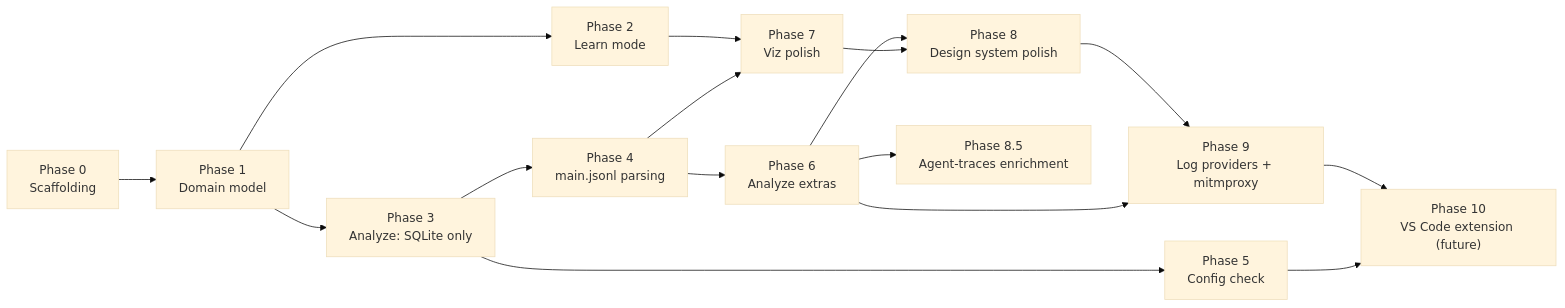
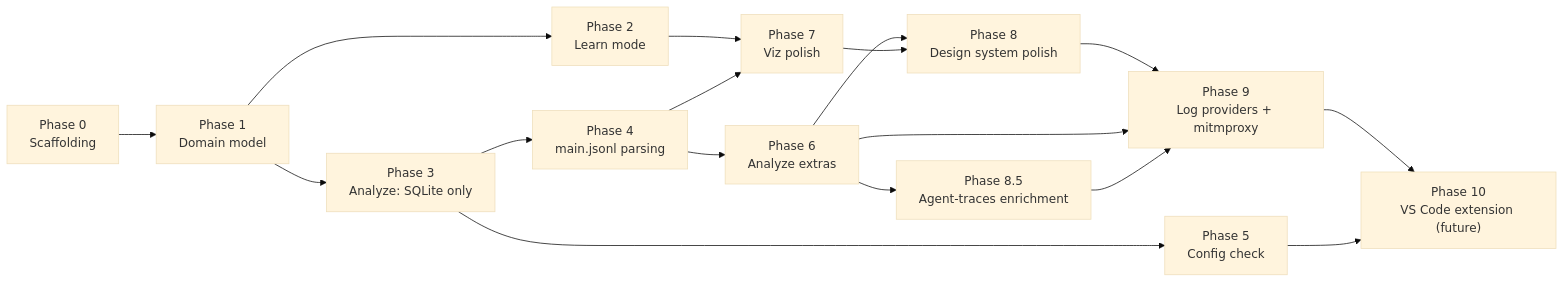
The diagram in docs/implementation-plan.md (raulkivi/gh-cp-chat-analyser), drawn with Mermaid (base theme) before and after one commit. The commit also changed other lines of this file and 3 other files, not shown here.

````diff
--- a/docs/implementation-plan.md
+++ b/docs/implementation-plan.md
@@ -680,18 +712,19 @@
 ```mermaid
 flowchart LR
     P0["Phase 0<br/>Scaffolding"] --> P1["Phase 1<br/>Domain model"]
     P1 --> P2["Phase 2<br/>Learn mode"]
     P1 --> P3["Phase 3<br/>Analyze: SQLite only"]
     P3 --> P4["Phase 4<br/>main.jsonl parsing"]
     P3 --> P5["Phase 5<br/>Config check"]
     P4 --> P6["Phase 6<br/>Analyze extras"]
     P2 --> P7["Phase 7<br/>Viz polish"]
     P4 --> P7
     P6 --> P8["Phase 8<br/>Design system polish"]
     P7 --> P8
     P6 --> P85["Phase 8.5<br/>Agent-traces enrichment"]
     P8 --> P9["Phase 9<br/>Log providers + mitmproxy"]
     P6 --> P9
+    P85 --> P9
     P9 --> P10["Phase 10<br/>VS Code extension (future)"]
     P5 --> P10
 ```
````
